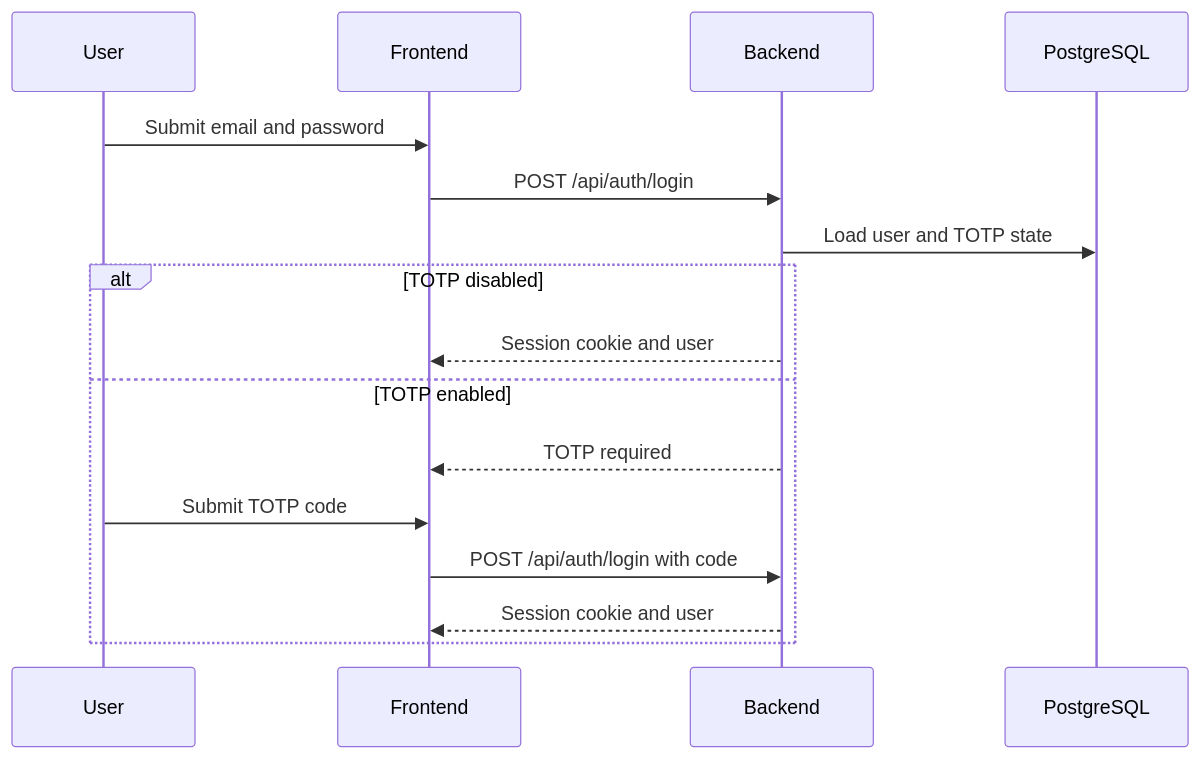
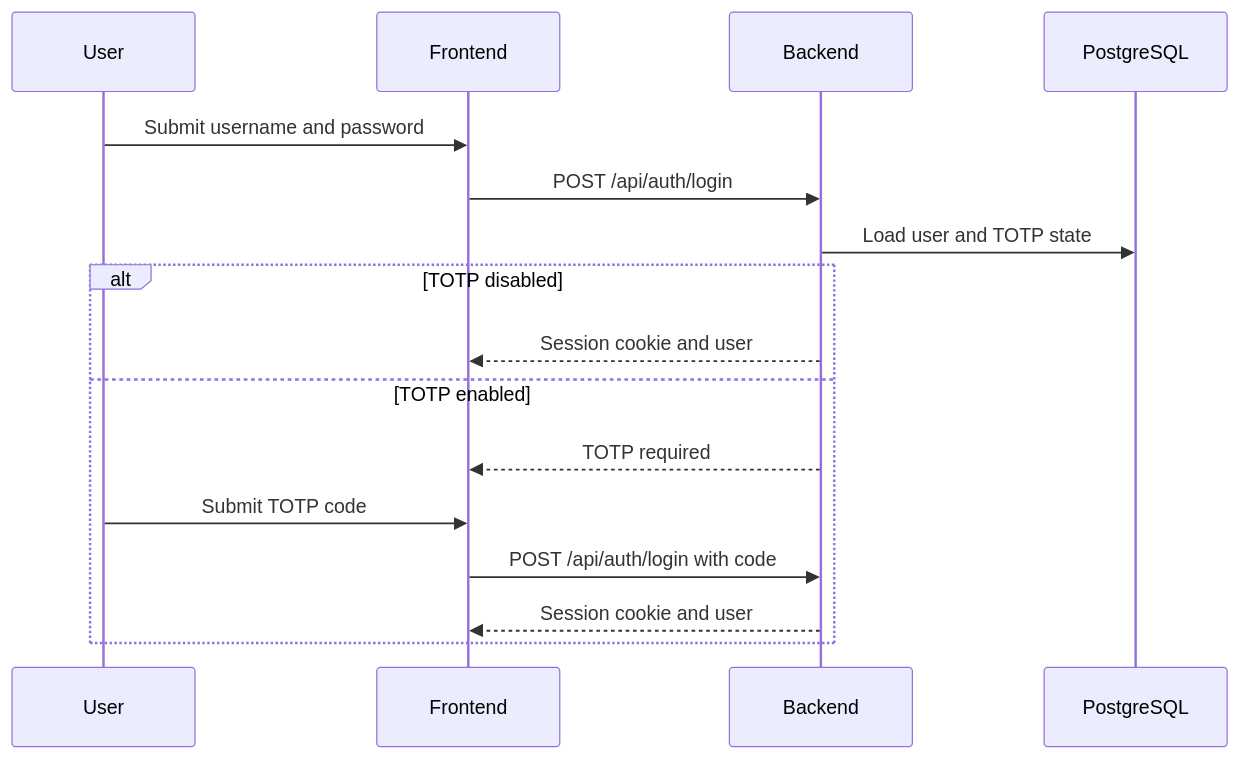
The third of 5 diagrams in doc/architecture.md (myblacksloth/emiTMachine), drawn with Mermaid before and after one commit. The commit also changed other lines of this file and 27 other files, not shown here.

````diff
--- a/doc/architecture.md
+++ b/doc/architecture.md
@@ -15,18 +39,18 @@
 ```mermaid
 sequenceDiagram
     participant U as User
     participant F as Frontend
     participant B as Backend
     participant D as PostgreSQL
-    U->>F: Submit email and password
+    U->>F: Submit username and password
     F->>B: POST /api/auth/login
     B->>D: Load user and TOTP state
     alt TOTP disabled
         B-->>F: Session cookie and user
     else TOTP enabled
         B-->>F: TOTP required
         U->>F: Submit TOTP code
         F->>B: POST /api/auth/login with code
         B-->>F: Session cookie and user
     end
 ```
````
